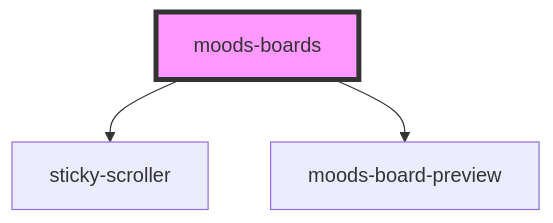
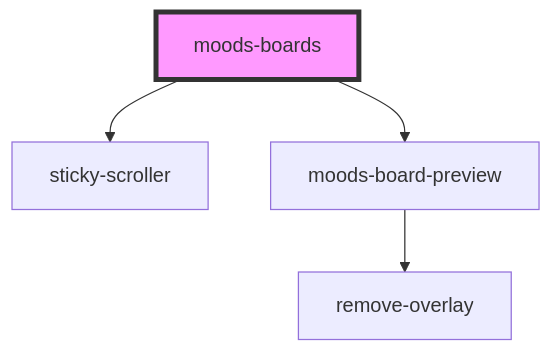
Before and after one commit to the-design-release/leibal-components: the diagram in src/components/moods-boards/readme.md, drawn with Mermaid. The commit also changed 5 other files, not shown here.

````diff
--- a/src/components/moods-boards/readme.md
+++ b/src/components/moods-boards/readme.md
@@ -25,6 +25,7 @@
 ```mermaid
 graph TD;
   moods-boards --> sticky-scroller
   moods-boards --> moods-board-preview
+  moods-board-preview --> remove-overlay
   style moods-boards fill:#f9f,stroke:#333,stroke-width:4px
 ```
````
